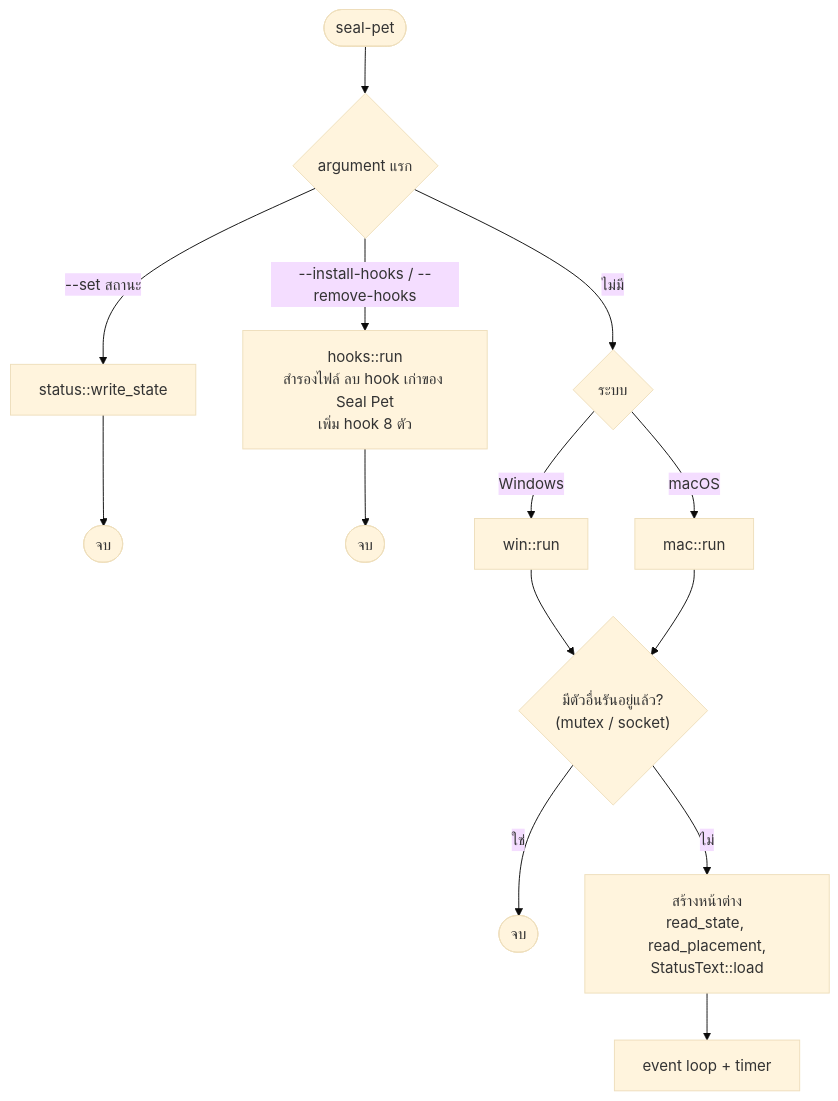
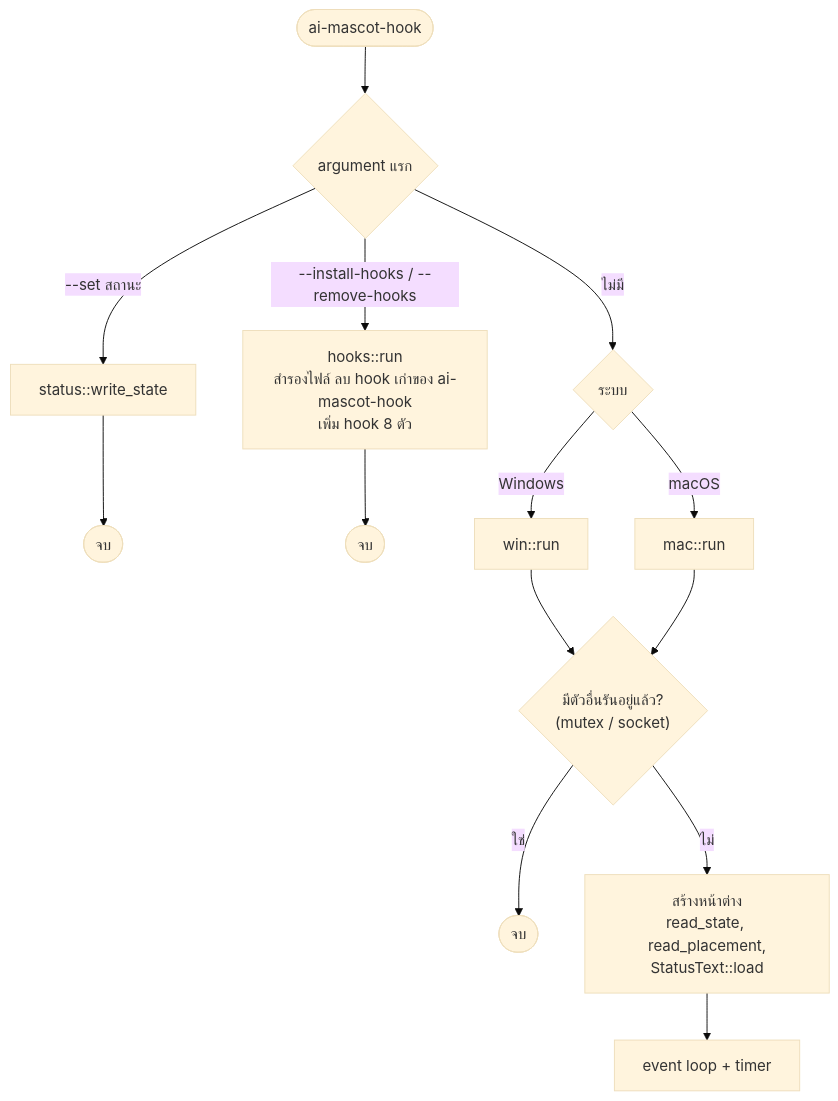
The third of 7 diagrams in docs/th/architecture.md (thanachaiakt/ai-mascot-hook), drawn with Mermaid (base theme) before and after one commit. The commit also changed other lines of this file and 18 other files, not shown here.

````diff
--- a/docs/th/architecture.md
+++ b/docs/th/architecture.md
@@ -108,13 +108,13 @@
 ```mermaid
 flowchart TD
-    start(["seal-pet"]) --> args{"argument แรก"}
+    start(["ai-mascot-hook"]) --> args{"argument แรก"}
     args -- "--set สถานะ" --> write["status::write_state"] --> exit0(["จบ"])
-    args -- "--install-hooks / --remove-hooks" --> hk["hooks::run<br/>สำรองไฟล์ ลบ hook เก่าของ Seal Pet<br/>เพิ่ม hook 8 ตัว"] --> exit1(["จบ"])
+    args -- "--install-hooks / --remove-hooks" --> hk["hooks::run<br/>สำรองไฟล์ ลบ hook เก่าของ ai-mascot-hook<br/>เพิ่ม hook 8 ตัว"] --> exit1(["จบ"])
     args -- "ไม่มี" --> plat{"ระบบ"}
     plat -- Windows --> wrun["win::run"]
     plat -- macOS --> mrun["mac::run"]
     wrun & mrun --> one{"มีตัวอื่นรันอยู่แล้ว?<br/>(mutex / socket)"}
     one -- ใช่ --> quit(["จบ"])
     one -- ไม่ --> init["สร้างหน้าต่าง<br/>read_state, read_placement,<br/>StatusText::load"]
     init --> loop["event loop + timer"]
 ```
````
